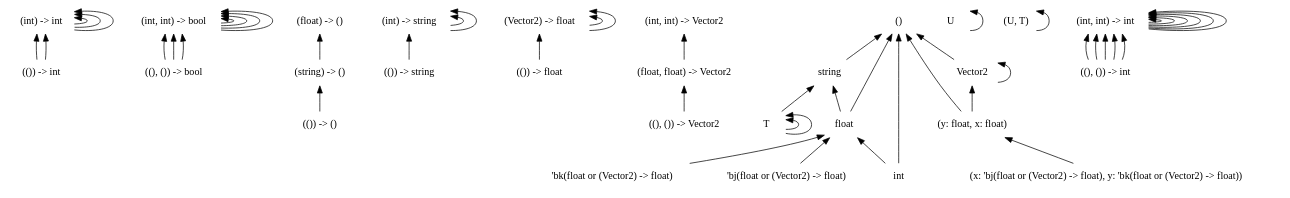
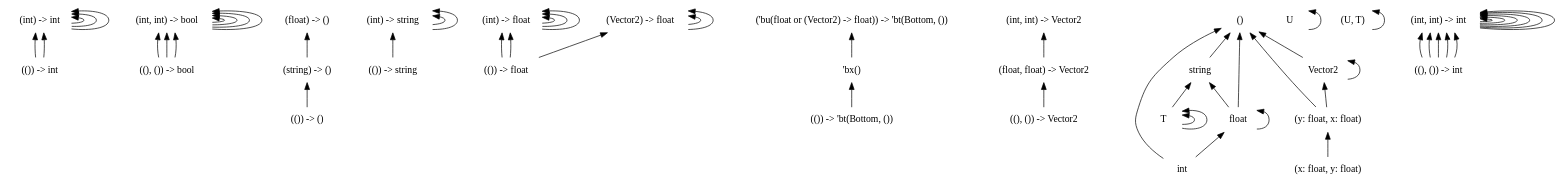
Before and after one commit to chocobo333/regino: the diagram in dots/2.dot, drawn with Graphviz. The commit also changed 6 other files, not shown here.

```diff
--- a/dots/2.dot
+++ b/dots/2.dot
@@ -1,91 +1,98 @@
 digraph order {
   graph [
     size = "30,10"
     ];
   node [
     shape = none
     ];
   edge [
     dir = back
     ];
   "(()) -> int"
   "(int) -> int"
   "((), ()) -> bool"
   "(int, int) -> bool"
   "(()) -> ()"
   "(string) -> ()"
   "(()) -> string"
   "(int) -> string"
   "(()) -> float"
+  "(int) -> float"
+  "(()) -> 'bt(Bottom, ())"
   "(Vector2) -> float"
   "((), ()) -> Vector2"
   "(float, float) -> Vector2"
   "(float) -> ()"
-  "(int, int) -> Vector2"
   "string"
   "Vector2"
+  "('bu(float or (Vector2) -> float)) -> 'bt(Bottom, ())"
+  "(int, int) -> Vector2"
   "(y: float, x: float)"
-  "(x: 'bj(float or (Vector2) -> float), y: 'bk(float or (Vector2) -> float))"
   "T"
   "U"
   "T"
   "T"
   "()"
   "(U, T)"
-  "'bk(float or (Vector2) -> float)"
+  "'bx()"
   "float"
-  "'bj(float or (Vector2) -> float)"
   "int"
   "((), ()) -> int"
   "(int, int) -> int"
   "(float, float) -> Vector2" -> "((), ()) -> Vector2"
   "(int, int) -> Vector2" -> "(float, float) -> Vector2"
   "(int, int) -> int" -> "((), ()) -> int"
   "(int, int) -> int" -> "((), ()) -> int"
   "(int, int) -> int" -> "((), ()) -> int"
   "(int, int) -> int" -> "(int, int) -> int"
   "(int, int) -> int" -> "((), ()) -> int"
   "(int, int) -> int" -> "((), ()) -> int"
   "(int, int) -> int" -> "(int, int) -> int"
   "(int) -> int" -> "(int) -> int"
   "(int) -> int" -> "(()) -> int"
   "(int) -> int" -> "(()) -> int"
   "(int) -> int" -> "(int) -> int"
   "(int, int) -> int" -> "(int, int) -> int"
   "(int) -> int" -> "(int) -> int"
   "(int, int) -> int" -> "(int, int) -> int"
   "(int, int) -> bool" -> "((), ()) -> bool"
   "(int, int) -> bool" -> "(int, int) -> bool"
   "(int, int) -> bool" -> "((), ()) -> bool"
   "(int, int) -> bool" -> "((), ()) -> bool"
   "(int, int) -> bool" -> "(int, int) -> bool"
   "(int, int) -> bool" -> "(int, int) -> bool"
   "(int) -> string" -> "(()) -> string"
   "(int) -> string" -> "(int) -> string"
   "(int) -> string" -> "(int) -> string"
   "(string) -> ()" -> "(()) -> ()"
   "string" -> "T"
   "string" -> "float"
   "Vector2" -> "Vector2"
   "Vector2" -> "(y: float, x: float)"
   "(float) -> ()" -> "(string) -> ()"
   "(int, int) -> bool" -> "(int, int) -> bool"
   "(int, int) -> int" -> "(int, int) -> int"
   "(int, int) -> int" -> "(int, int) -> int"
-  "(y: float, x: float)" -> "(x: 'bj(float or (Vector2) -> float), y: 'bk(float or (Vector2) -> float))"
+  "(int) -> float" -> "(()) -> float"
+  "(int) -> float" -> "(()) -> float"
+  "(int) -> float" -> "(int) -> float"
+  "(int) -> float" -> "(int) -> float"
+  "(int) -> float" -> "(int) -> float"
+  "('bu(float or (Vector2) -> float)) -> 'bt(Bottom, ())" -> "'bx()"
+  "(y: float, x: float)" -> "(x: float, y: float)"
   "T" -> "T"
   "U" -> "U"
   "T" -> "T"
   "()" -> "string"
   "()" -> "Vector2"
   "()" -> "(y: float, x: float)"
   "()" -> "float"
   "()" -> "int"
   "(U, T)" -> "(U, T)"
-  "float" -> "'bk(float or (Vector2) -> float)"
-  "float" -> "'bj(float or (Vector2) -> float)"
+  "'bx()" -> "(()) -> 'bt(Bottom, ())"
+  "float" -> "float"
   "float" -> "int"
   "(Vector2) -> float" -> "(()) -> float"
   "(Vector2) -> float" -> "(Vector2) -> float"
   "(Vector2) -> float" -> "(Vector2) -> float"
 }
```
